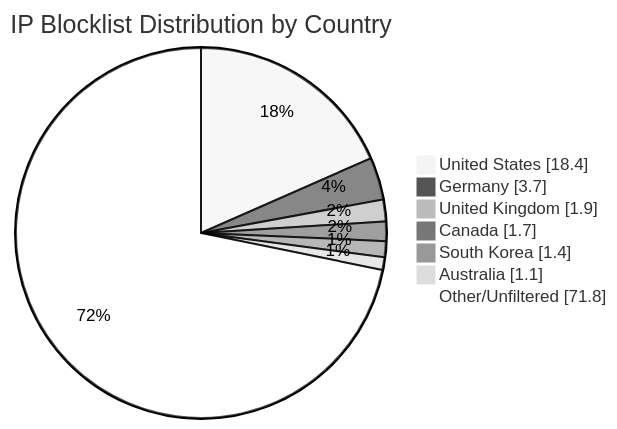
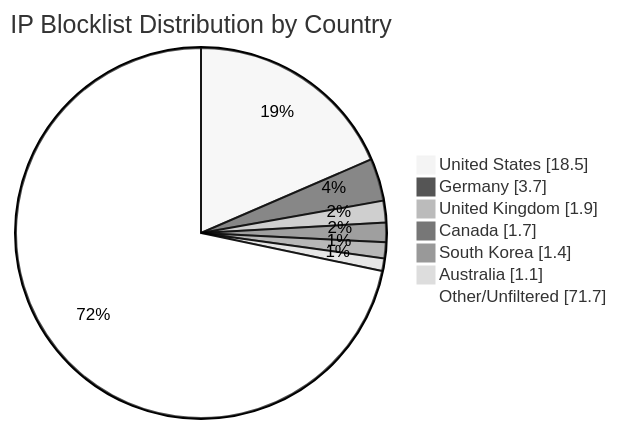
The diagram in README.md (MarcusHoltz/ipblocklist-geofiltered-aggregator), drawn with Mermaid (neutral theme) before and after one commit. The commit also changed other lines of this file and 9 other files, not shown here.

````diff
--- a/README.md
+++ b/README.md
@@ -34,10 +34,10 @@
 ```mermaid
 pie showData title IP Blocklist Distribution by Country
-"United States" : 18.4
+"United States" : 18.5
 "Germany" : 3.7
 "United Kingdom" : 1.9
 "Canada" : 1.7
 "South Korea" : 1.4
 "Australia" : 1.1
-"Other/Unfiltered" : 71.8
+"Other/Unfiltered" : 71.7
 ```
````
